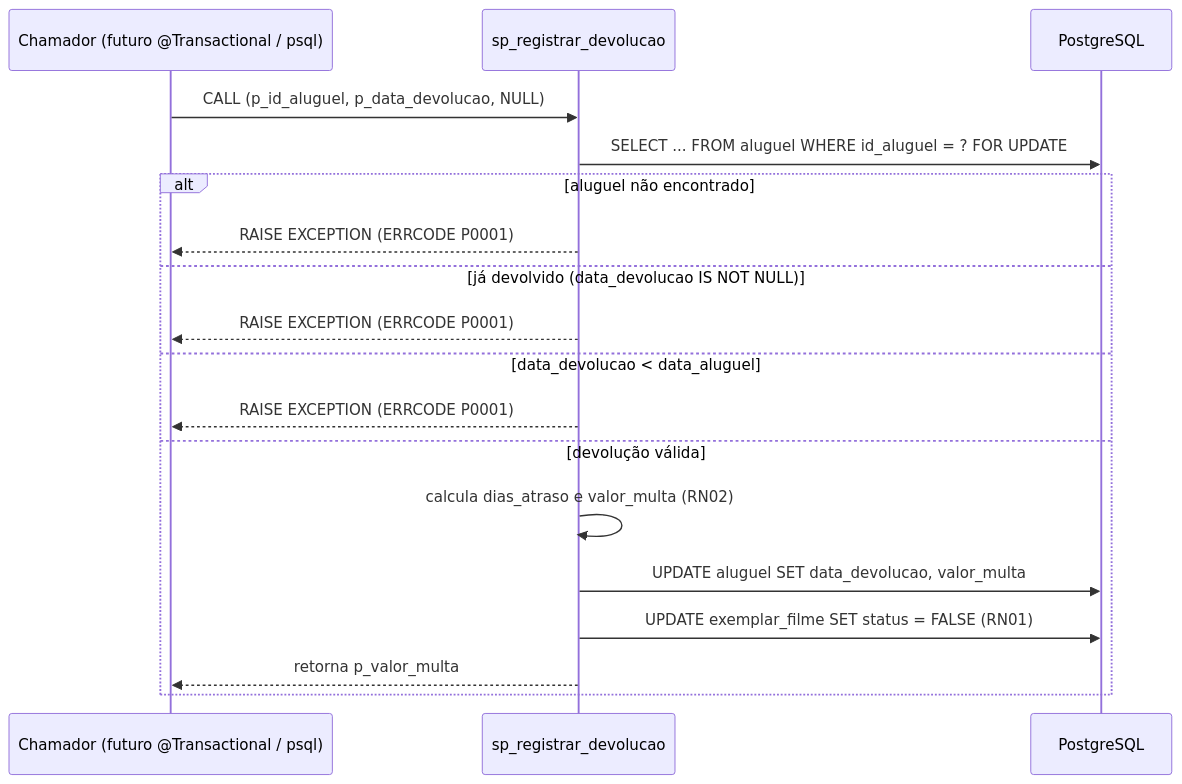
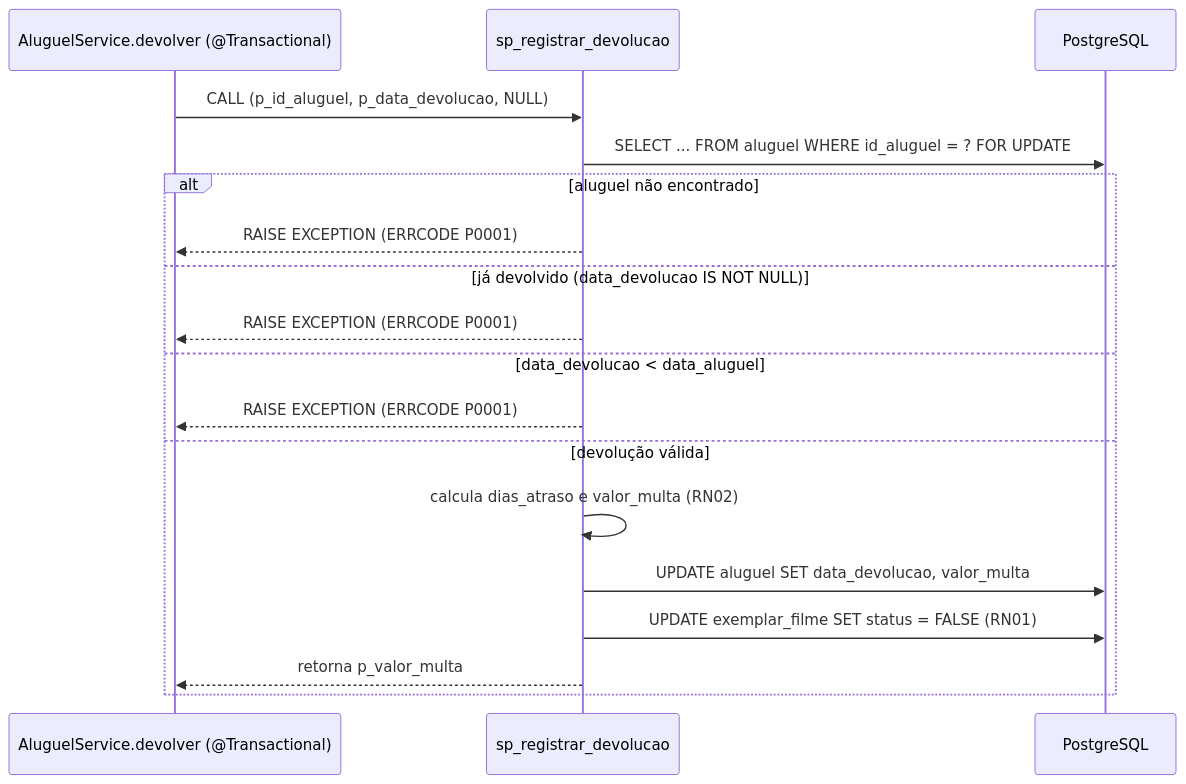
Before and after one commit to Vitor-fgds/locadora-de-filmes: the second of 2 diagrams in docs/BANCO_DE_DADOS.md, drawn with Mermaid. The commit also changed other lines of this file and 50 other files, not shown here.

````diff
--- a/docs/BANCO_DE_DADOS.md
+++ b/docs/BANCO_DE_DADOS.md
@@ -124,21 +231,21 @@
 ```mermaid
 sequenceDiagram
-    participant Caller as Chamador (futuro @Transactional / psql)
+    participant Caller as AluguelService.devolver (@Transactional)
     participant Proc as sp_registrar_devolucao
     participant DB as PostgreSQL
 
     Caller->>Proc: CALL (p_id_aluguel, p_data_devolucao, NULL)
     Proc->>DB: SELECT ... FROM aluguel WHERE id_aluguel = ? FOR UPDATE
     alt aluguel não encontrado
         Proc-->>Caller: RAISE EXCEPTION (ERRCODE P0001)
     else já devolvido (data_devolucao IS NOT NULL)
         Proc-->>Caller: RAISE EXCEPTION (ERRCODE P0001)
     else data_devolucao < data_aluguel
         Proc-->>Caller: RAISE EXCEPTION (ERRCODE P0001)
     else devolução válida
         Proc->>Proc: calcula dias_atraso e valor_multa (RN02)
         Proc->>DB: UPDATE aluguel SET data_devolucao, valor_multa
         Proc->>DB: UPDATE exemplar_filme SET status = FALSE (RN01)
         Proc-->>Caller: retorna p_valor_multa
     end
 ```
````
